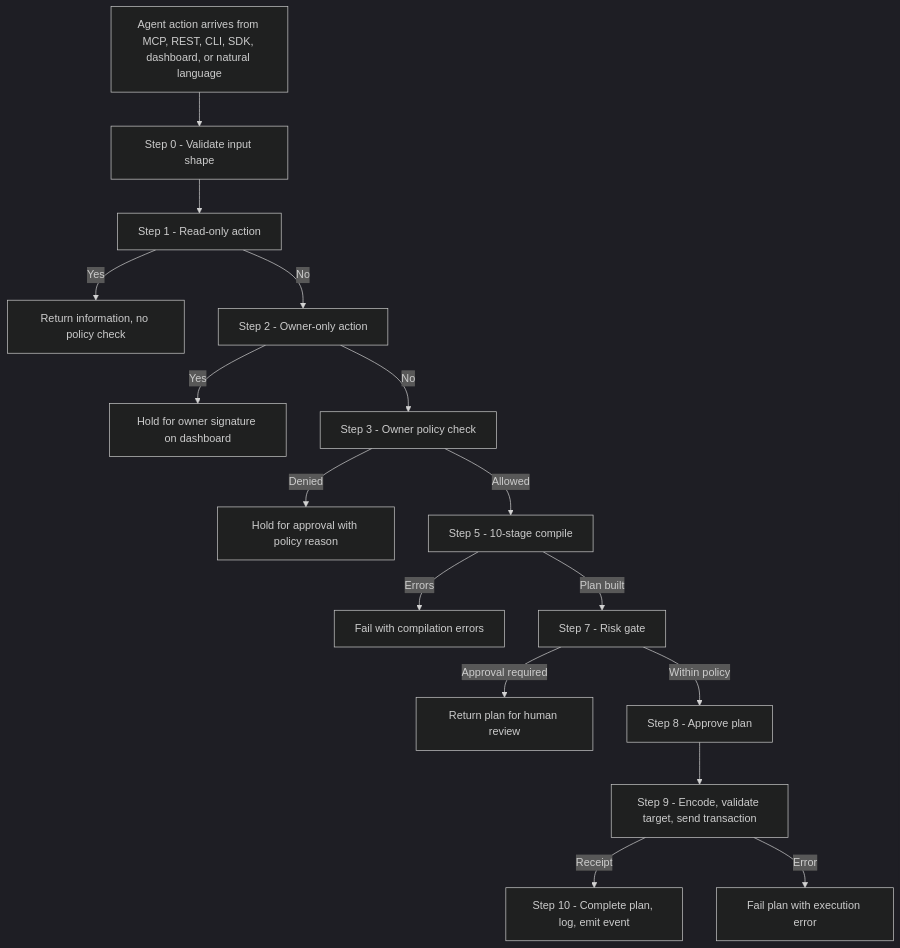
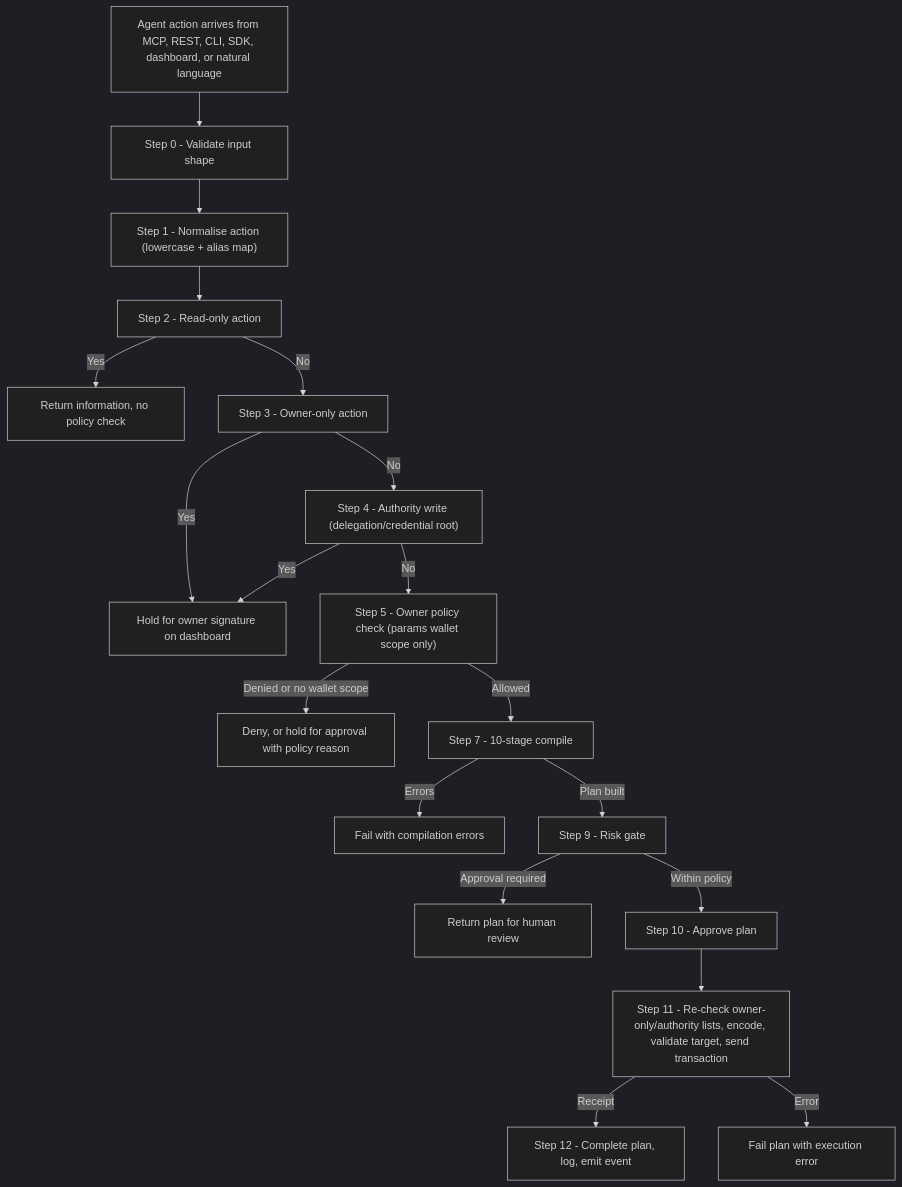
Before and after one commit to SRIVISHNUGV-DEV/AGENTIX: the first of 7 diagrams in README.md, drawn with Mermaid (dark theme). The commit also changed other lines of this file and 127 other files, not shown here.

````diff
--- a/README.md
+++ b/README.md
@@ -97,18 +101,21 @@
 ```mermaid
 flowchart TD
     A["Agent action arrives from MCP, REST, CLI, SDK, dashboard, or natural language"] --> B["Step 0 - Validate input shape"]
-    B --> C["Step 1 - Read-only action"]
-    C -->|Yes| FREE["Return information, no policy check"]
-    C -->|No| D["Step 2 - Owner-only action"]
-    D -->|Yes| OWNER["Hold for owner signature on dashboard"]
-    D -->|No| E["Step 3 - Owner policy check"]
-    E -->|Denied| HOLD["Hold for approval with policy reason"]
-    E -->|Allowed| F["Step 5 - 10-stage compile"]
-    F -->|Errors| FAIL1["Fail with compilation errors"]
-    F -->|Plan built| G["Step 7 - Risk gate"]
-    G -->|Approval required| REVIEW["Return plan for human review"]
-    G -->|Within policy| H["Step 8 - Approve plan"]
-    H --> I["Step 9 - Encode, validate target, send transaction"]
-    I -->|Receipt| J["Step 10 - Complete plan, log, emit event"]
-    I -->|Error| FAIL2["Fail plan with execution error"]
+    B --> C["Step 1 - Normalise action (lowercase + alias map)"]
+    C --> D["Step 2 - Read-only action"]
+    D -->|Yes| FREE["Return information, no policy check"]
+    D -->|No| E["Step 3 - Owner-only action"]
+    E -->|Yes| OWNER["Hold for owner signature on dashboard"]
+    E -->|No| F["Step 4 - Authority write (delegation/credential root)"]
+    F -->|Yes| OWNER
+    F -->|No| G["Step 5 - Owner policy check (params wallet scope only)"]
+    G -->|Denied or no wallet scope| HOLD["Deny, or hold for approval with policy reason"]
+    G -->|Allowed| H["Step 7 - 10-stage compile"]
+    H -->|Errors| FAIL1["Fail with compilation errors"]
+    H -->|Plan built| I["Step 9 - Risk gate"]
+    I -->|Approval required| REVIEW["Return plan for human review"]
+    I -->|Within policy| J["Step 10 - Approve plan"]
+    J --> K["Step 11 - Re-check owner-only/authority lists, encode, validate target, send transaction"]
+    K -->|Receipt| L["Step 12 - Complete plan, log, emit event"]
+    K -->|Error| FAIL2["Fail plan with execution error"]
 ```
````
